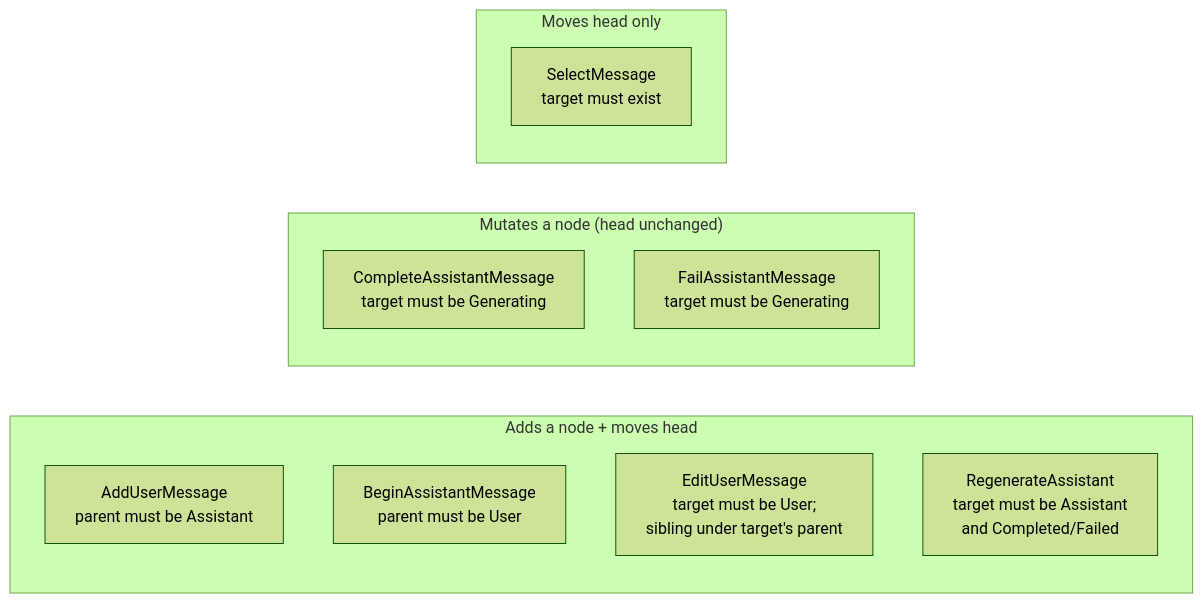
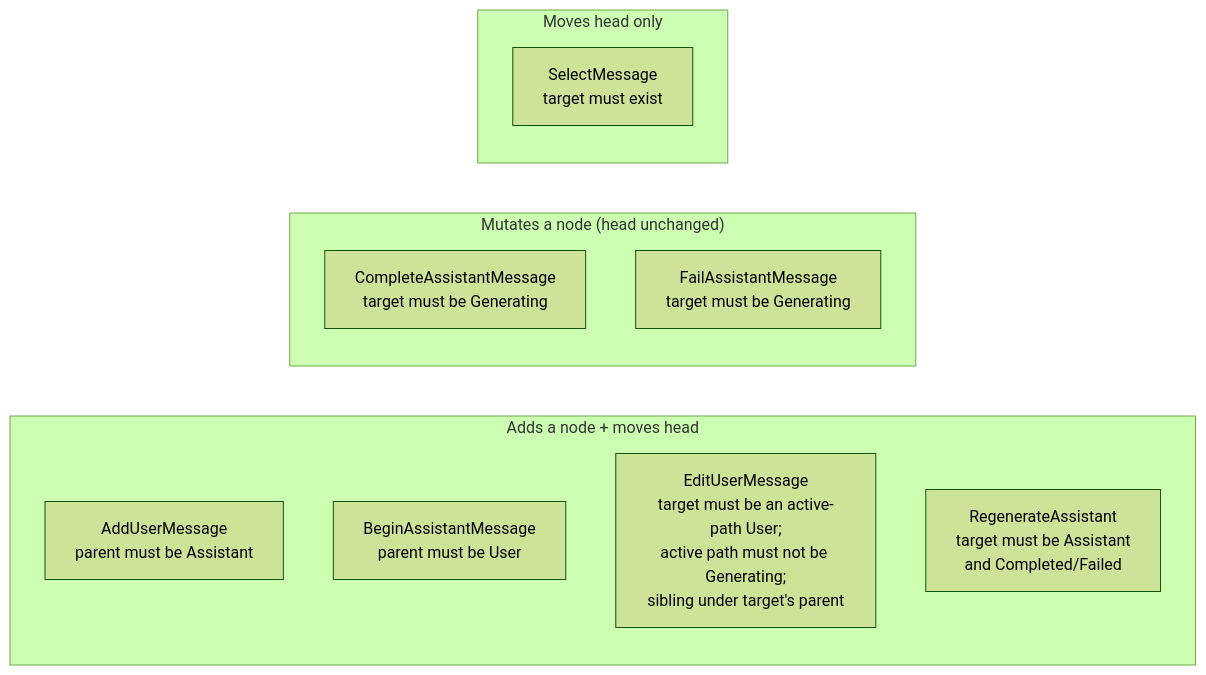
One commit to akoooo27/Nova changed the third of 5 diagrams in docs/diagrams/chat-thread-aggregate.md. Above: the diagram before and after it, drawn with Mermaid (forest theme). The commit also changed other lines of this file and 9 other files, not shown here.

````diff
--- a/docs/diagrams/chat-thread-aggregate.md
+++ b/docs/diagrams/chat-thread-aggregate.md
@@ -112,16 +112,16 @@
 ```mermaid
 flowchart LR
     subgraph adds["Adds a node + moves head"]
         AUM["AddUserMessage<br/>parent must be Assistant"]
         BAM["BeginAssistantMessage<br/>parent must be User"]
-        EUM["EditUserMessage<br/>target must be User;<br/>sibling under target's parent"]
+        EUM["EditUserMessage<br/>target must be an active-path User;<br/>active path must not be Generating;<br/>sibling under target's parent"]
         RA["RegenerateAssistant<br/>target must be Assistant<br/>and Completed/Failed"]
     end
     subgraph mutates["Mutates a node (head unchanged)"]
         CAM["CompleteAssistantMessage<br/>target must be Generating"]
         FAM["FailAssistantMessage<br/>target must be Generating"]
     end
     subgraph moves["Moves head only"]
         SM["SelectMessage<br/>target must exist"]
     end
 ```
````
